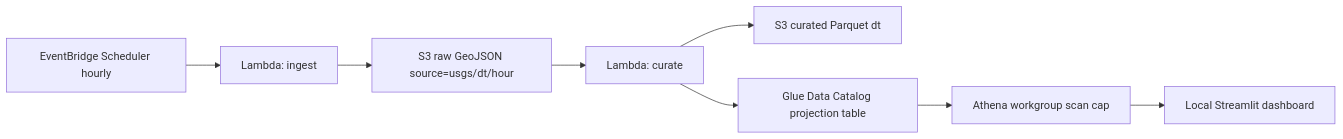
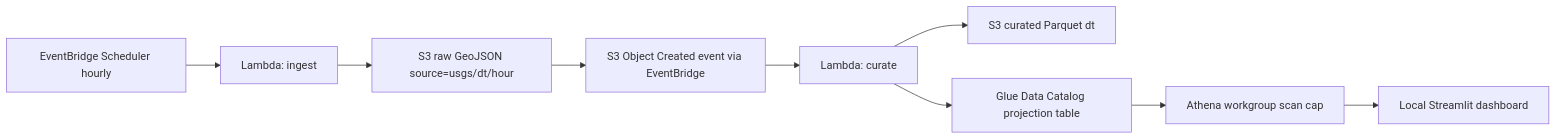
One commit to RaveendraS33/aws-serverless-data-pipeline changed the diagram in README.md. Above: the diagram before and after it, drawn with Mermaid. The commit also changed other lines of this file and 4 other files, not shown here.

Commit message:
Route raw S3 object events through EventBridge

````diff
--- a/README.md
+++ b/README.md
@@ -29,10 +29,11 @@
 ```mermaid
 flowchart LR
     EB["EventBridge Scheduler hourly"] --> I["Lambda: ingest"]
     I --> R["S3 raw GeoJSON source=usgs/dt/hour"]
-    R --> C["Lambda: curate"]
+    R --> E["S3 Object Created event via EventBridge"]
+    E --> C["Lambda: curate"]
     C --> P["S3 curated Parquet dt"]
     C --> G["Glue Data Catalog projection table"]
     G --> A["Athena workgroup scan cap"]
     A --> D["Local Streamlit dashboard"]
 ```
````
